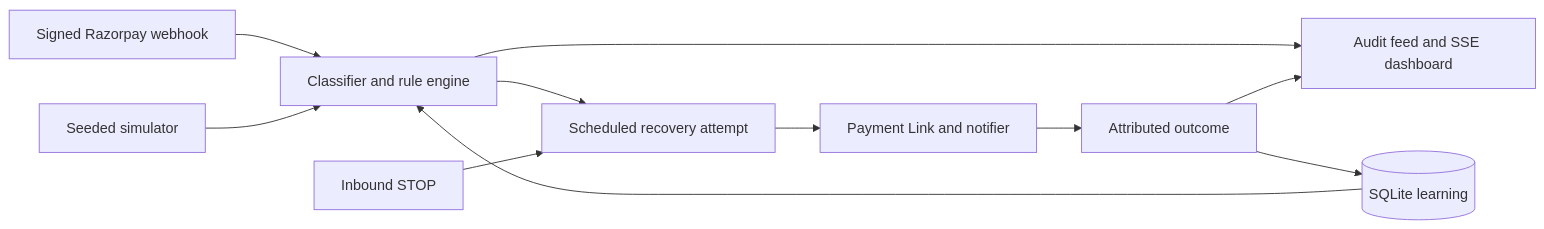
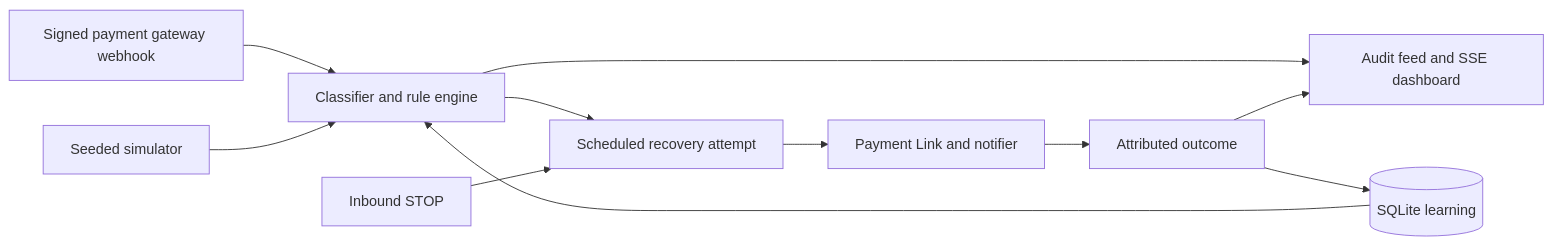
One commit to TechVoyagerr/recovery-agent changed the diagram in README.md. Above: the diagram before and after it, drawn with Mermaid. The commit also changed other lines of this file and 4 other files, not shown here.

````diff
--- a/README.md
+++ b/README.md
@@ -43,13 +43,13 @@
 ```mermaid
 flowchart LR
-  W[Signed Razorpay webhook] --> R[Classifier and rule engine]
+  W[Signed payment gateway webhook] --> R[Classifier and rule engine]
   S[Seeded simulator] --> R
   B[(SQLite learning)] --> R
   R --> Q[Scheduled recovery attempt]
   Q --> P[Payment Link and notifier]
   P --> O[Attributed outcome]
   O --> B
   I[Inbound STOP] --> Q
   R --> F[Audit feed and SSE dashboard]
   O --> F
 ```
````
